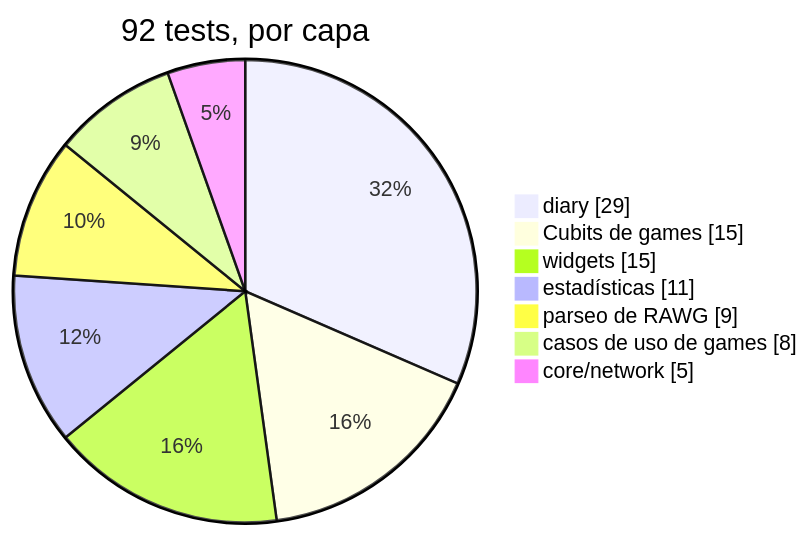
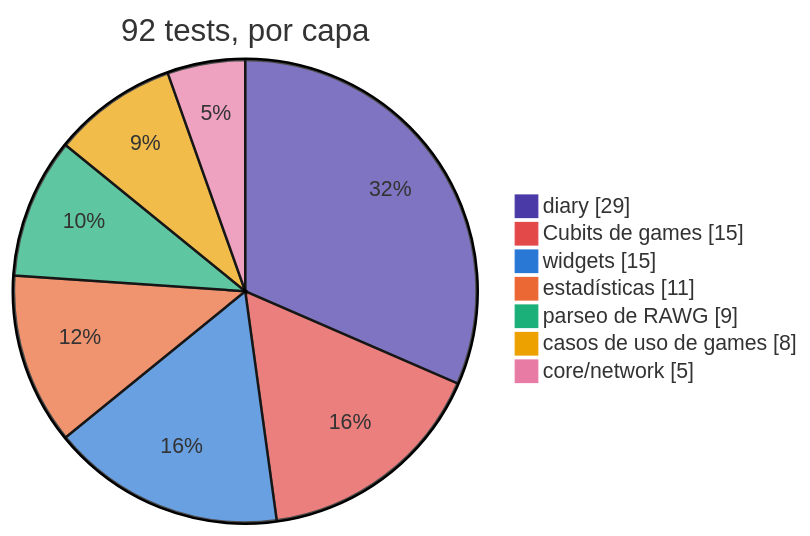
One commit to aftovar123/questlog changed the diagram in README.md. Above: the diagram before and after it, drawn with Mermaid.

Commit message:
Color the test-distribution chart with a validated brand palette
Swap Mermaid's default rainbow for a categorical order anchored on
Questlog's purple accent, placed on the largest slice. The hue order
is CVD-safe (checked with a Delta-E validator against light and dark
surfaces), not eyeballed.

````diff
--- a/README.md
+++ b/README.md
@@ -102,11 +102,20 @@
 ```mermaid
+%%{init: {"theme": "base", "themeVariables": {
+  "pie1": "#4a3aa7",
+  "pie2": "#e34948",
+  "pie3": "#2a78d6",
+  "pie4": "#eb6834",
+  "pie5": "#1baf7a",
+  "pie6": "#eda100",
+  "pie7": "#e87ba4"
+}}}%%
 pie showData
     title 92 tests, por capa
     "diary" : 29
     "Cubits de games" : 15
     "widgets" : 15
     "estadísticas" : 11
     "parseo de RAWG" : 9
     "casos de uso de games" : 8
     "core/network" : 5
 ```
````
